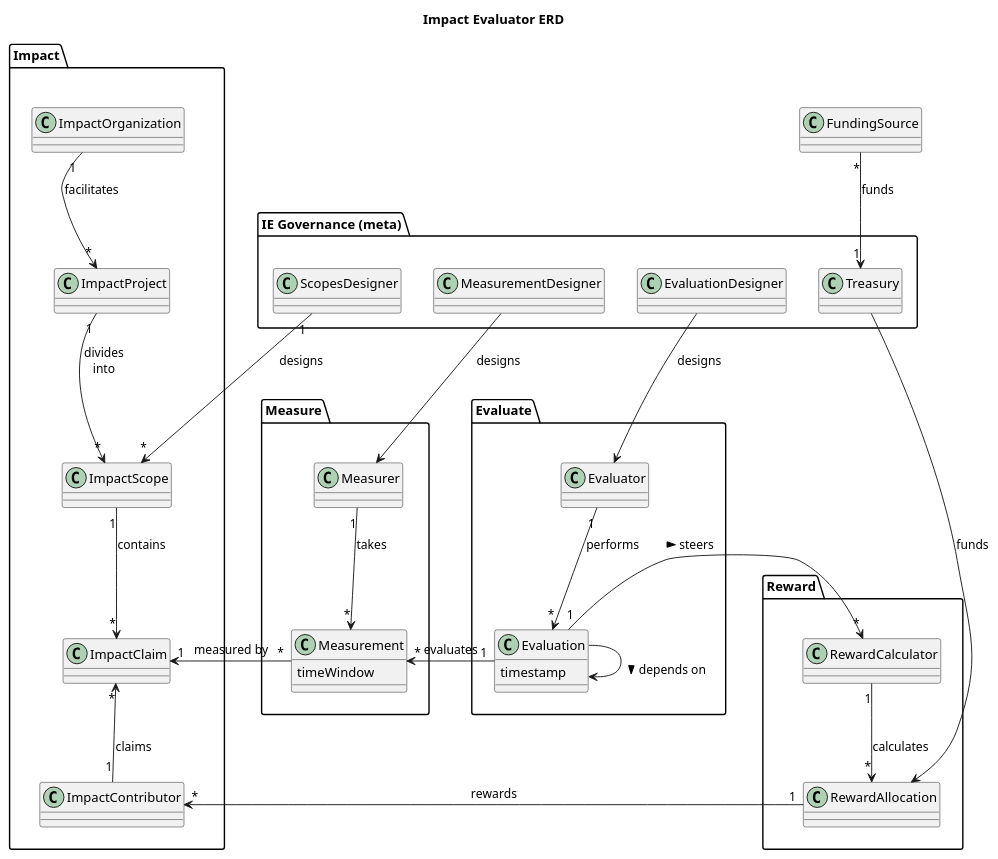
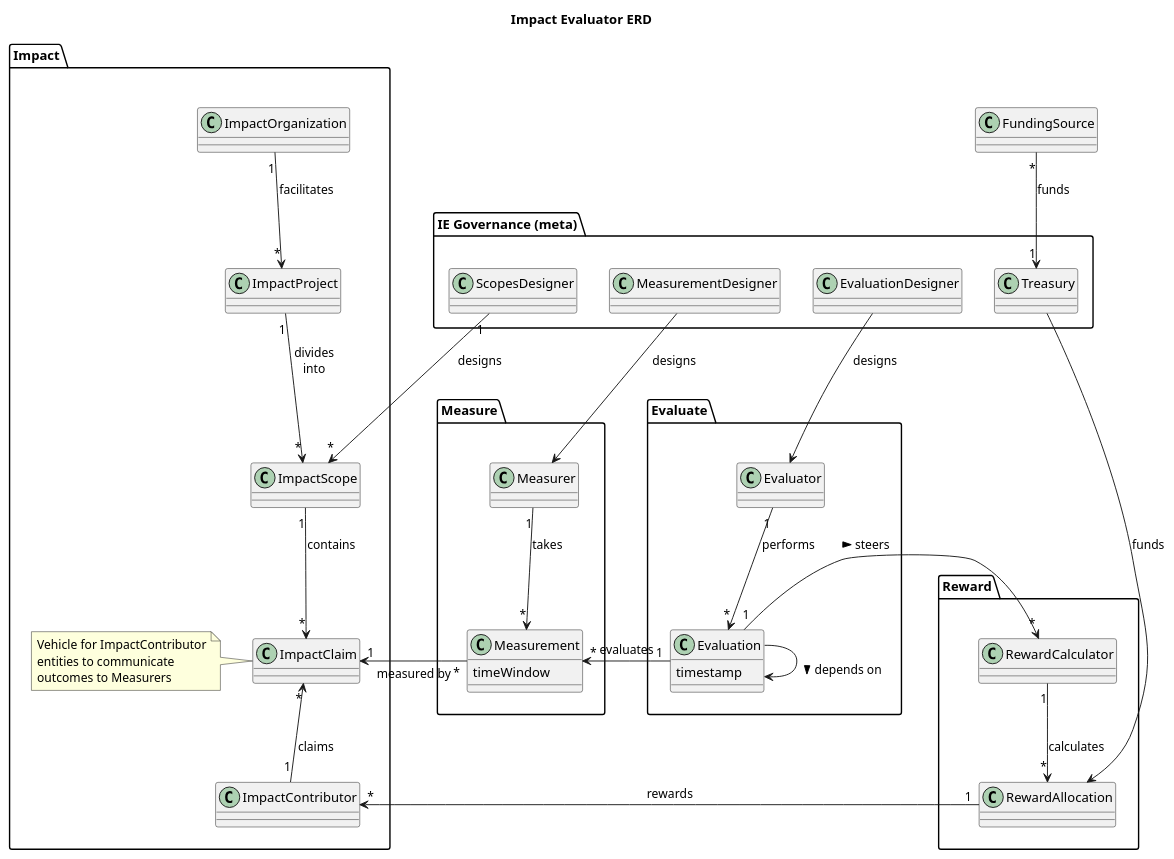
Before and after one commit to aspiers/ImpactEvaluators: the diagram in ERD.puml, drawn with PlantUML.

Commit message:
add note about ImpactClaim

```diff
--- a/ERD.puml
+++ b/ERD.puml
@@ -1,72 +1,76 @@
 @startuml "Impact Evaluator ERD"
 title "Impact Evaluator ERD"
 
 'skinparam linetype ortho
 
 package "IE Governance (meta)" as IEGovernance {
     class ScopesDesigner {}
     class MeasurementDesigner {}
     class EvaluationDesigner {}
     class Treasury {}
 
     'ScopesDesigner -d[hidden]-> MeasurementDesigner
     MeasurementDesigner -r[hidden]-> EvaluationDesigner
     EvaluationDesigner -r[hidden]-> Treasury
 }
 
 package Impact {
     class ImpactOrganization {}
     class ImpactProject {}
     class ImpactScope {}
     class ImpactClaim {}
+    note left of ImpactClaim : Vehicle for ImpactContributor\nentities to communicate\noutcomes to Measurers
     class ImpactContributor {}
 
     ImpactOrganization "1" -d-> "*" ImpactProject : facilitates
     ImpactProject "1" -d-> "*" ImpactScope : divides\ninto
     ImpactScope "1" -d-> "*" ImpactClaim : contains
     ImpactContributor "1" -u-> "*" ImpactClaim : claims
 }
 
 package Measure {
     class Measurement {
         timeWindow
     }
     class Measurer {}
+
+    ' This screws up the layout for some reason:
+    'ImpactClaim --> Measurer : submitted to
 
     Measurement "*" -l-> "1" ImpactClaim : measured by
     Measurer "1" --> "*" Measurement : takes
 }
 
 package Evaluate {
     class Evaluation {
         timestamp
     }
     class Evaluator {}
 
     Evaluator "1" -d-> "*" Evaluation : performs
     Evaluation "1" -l-> "*" Measurement : evaluates
     Evaluation --> Evaluation : "\n> depends on"
 }
 
 package Reward {
     class RewardCalculator {}
     class RewardAllocation {}
 
     RewardCalculator "1" --> "*" RewardAllocation : calculates
 }
 
 Impact -r[hidden]--> Measure
 Evaluate -r[hidden]--> Reward
 Measurement -r[hidden]--> Evaluation
 Evaluation -r[hidden]--> RewardCalculator
 
 ScopesDesigner "1" --> "*" ImpactScope : designs
 Treasury -r--> RewardAllocation : funds
 MeasurementDesigner --> Measurer : designs
 EvaluationDesigner --> Evaluator : designs
 Evaluation "1" -r-> "*" RewardCalculator : steers >
 RewardAllocation "1" --[norank]-> "*" ImpactContributor : rewards
 
 FundingSource "*" -d-> "1" Treasury : funds
 
 @enduml
```
